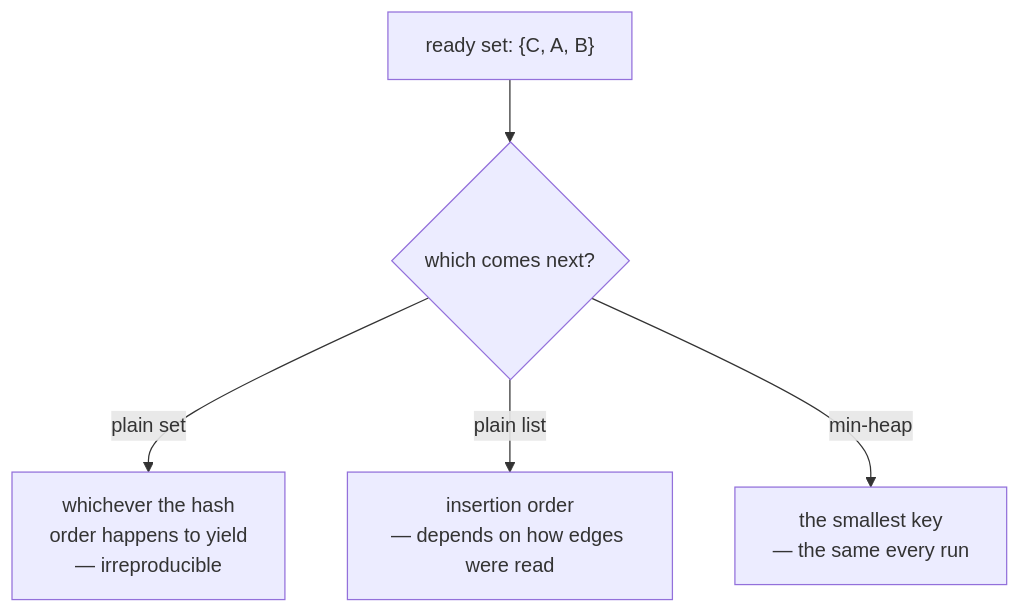
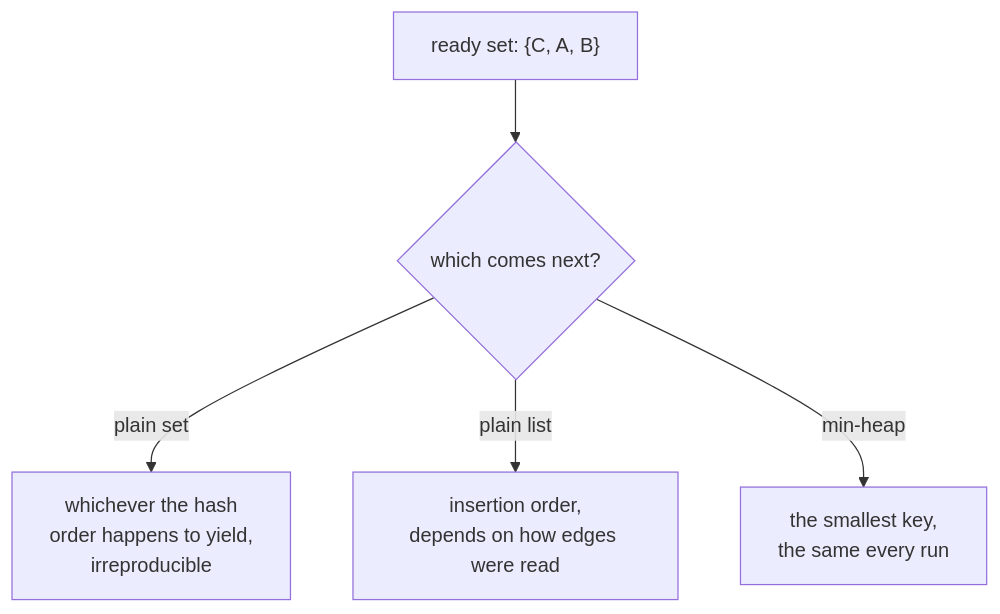
The diagram in docs/cs/heaps-and-priority-queues.md (jennarbates/StratigraphyGenerator), drawn with Mermaid before and after one commit. The commit also changed other lines of this file and 309 other files, not shown here.

````diff
--- a/docs/cs/heaps-and-priority-queues.md
+++ b/docs/cs/heaps-and-priority-queues.md
@@ -40,7 +40,7 @@
 ```mermaid
 flowchart TB
   R["ready set: {C, A, B}"] --> Q{"which comes next?"}
-  Q -->|"plain set"| S["whichever the hash<br/>order happens to yield<br/>— irreproducible"]
-  Q -->|"plain list"| L["insertion order<br/>— depends on how edges were read"]
-  Q -->|"min-heap"| H["the smallest key<br/>— the same every run"]
+  Q -->|"plain set"| S["whichever the hash<br/>order happens to yield,<br/>irreproducible"]
+  Q -->|"plain list"| L["insertion order,<br/>depends on how edges were read"]
+  Q -->|"min-heap"| H["the smallest key,<br/>the same every run"]
 ```
````
